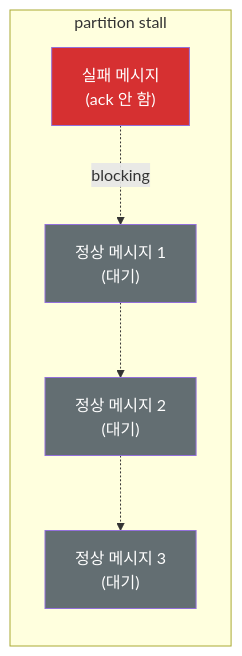
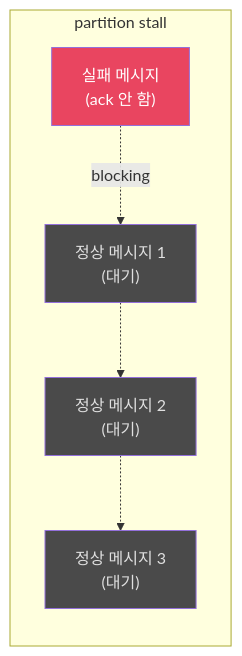
The seventh of 8 diagrams in contents/posts/roopers/technical-writing/round4/index.md (hyungkishin/hyungkishin.github.io), drawn with Mermaid before and after one commit. The commit also changed other lines of this file and 3 other files, not shown here.

Commit message:
style: round1~5 블로그 톤 통일 (~합니다 체, 단문 연결, Mermaid 색상, AI 패턴 제거)

````diff
--- a/contents/posts/roopers/technical-writing/round4/index.md
+++ b/contents/posts/roopers/technical-writing/round4/index.md
@@ -319,16 +330,16 @@
 ```mermaid
 flowchart LR
     subgraph stall["partition stall"]
         direction TB
         msg1["실패 메시지<br/>(ack 안 함)"]
         msg2["정상 메시지 1<br/>(대기)"]
         msg3["정상 메시지 2<br/>(대기)"]
         msg4["정상 메시지 3<br/>(대기)"]
         msg1 -.->|"blocking"| msg2 -.-> msg3 -.-> msg4
     end
 
-    style msg1 fill:#d63031,color:#fff
-    style msg2 fill:#636e72,color:#fff
-    style msg3 fill:#636e72,color:#fff
-    style msg4 fill:#636e72,color:#fff
+    style msg1 fill:#e94560,color:#ffffff
+    style msg2 fill:#4a4a4a,color:#e0e0e0
+    style msg3 fill:#4a4a4a,color:#e0e0e0
+    style msg4 fill:#4a4a4a,color:#e0e0e0
 ```
````
